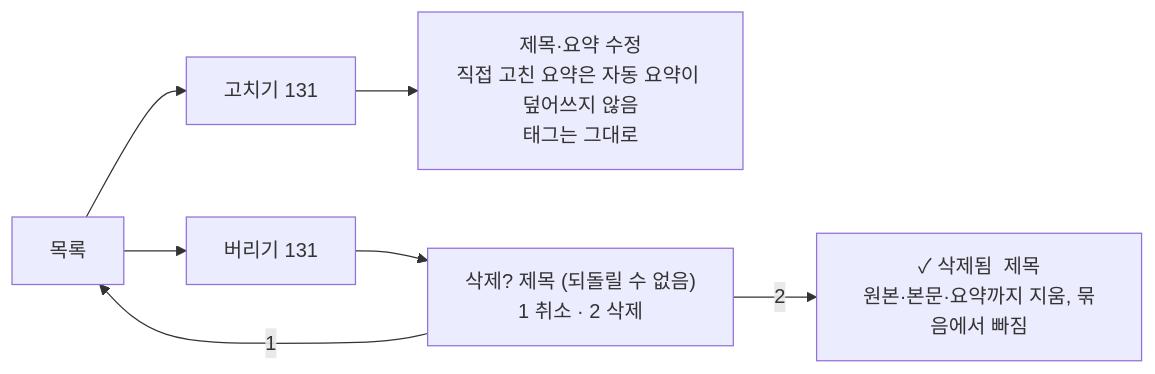
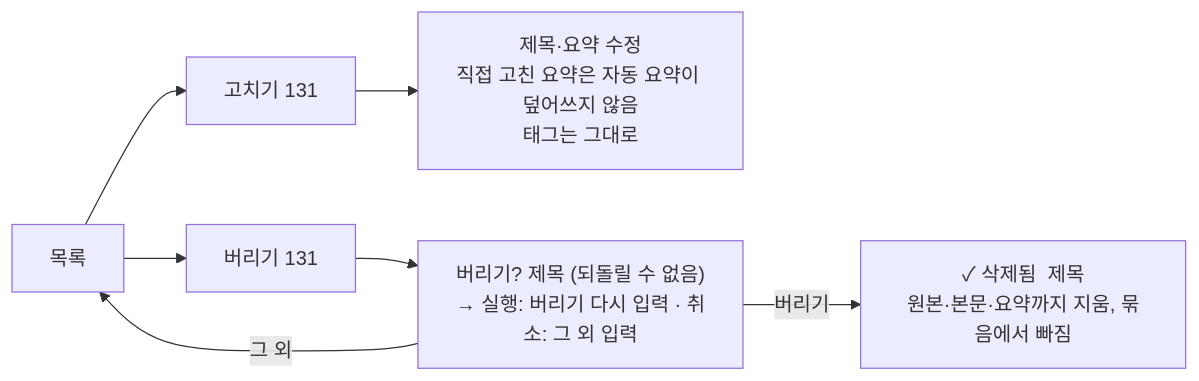
One commit to delightPIP/grep changed the eighth of 10 diagrams in docs/planning/user-flow.md. Above: the diagram before and after it, drawn with Mermaid. The commit also changed other lines of this file and 13 other files, not shown here.

````diff
--- a/docs/planning/user-flow.md
+++ b/docs/planning/user-flow.md
@@ -247,9 +247,9 @@
 ```mermaid
 flowchart LR
     A["목록"] --> B["고치기 131"]
     B --> C["제목·요약 수정<br/>직접 고친 요약은 자동 요약이 덮어쓰지 않음<br/>태그는 그대로"]
     A --> D["버리기 131"]
-    D --> E["삭제? 제목 (되돌릴 수 없음)<br/>1 취소 · 2 삭제"]
-    E -- "2" --> F["✓ 삭제됨  제목<br/>원본·본문·요약까지 지움, 묶음에서 빠짐"]
-    E -- "1" --> A
+    D --> E["버리기? 제목 (되돌릴 수 없음)<br/>→ 실행: 버리기 다시 입력 · 취소: 그 외 입력"]
+    E -- "버리기" --> F["✓ 삭제됨  제목<br/>원본·본문·요약까지 지움, 묶음에서 빠짐"]
+    E -- "그 외" --> A
 ```
````
